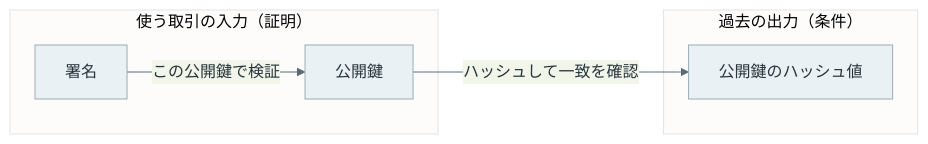
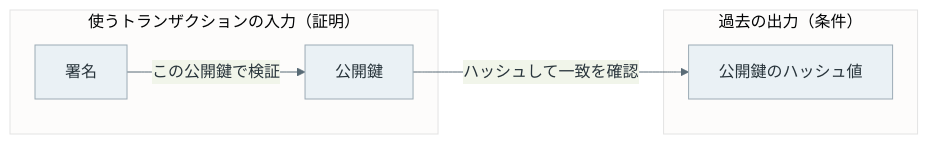
One commit to nao1215/debimate changed the fifth of 5 diagrams in content/notes/blockchain-systems/digital-signature/index.md. Above: the diagram before and after it, drawn with Mermaid. The commit also changed other lines of this file and 14 other files, not shown here.

````diff
--- a/content/notes/blockchain-systems/digital-signature/index.md
+++ b/content/notes/blockchain-systems/digital-signature/index.md
@@ -221,14 +221,14 @@
 ```mermaid
 %%{init: {"theme":"base","themeVariables":{"primaryColor":"#eaf1f5","primaryTextColor":"#28343b","primaryBorderColor":"#9cabb5","lineColor":"#596b76","textColor":"#28343b","actorBkg":"#eaf1f5","actorBorder":"#9cabb5","actorTextColor":"#28343b","actorLineColor":"#9cabb5","signalColor":"#596b76","signalTextColor":"#28343b","noteBkgColor":"#f7f1e5","noteBorderColor":"#c5b99b","noteTextColor":"#403c32","activationBkgColor":"#edf3ef","activationBorderColor":"#9aafa1"}}}%%
 flowchart LR
     subgraph OUT["過去の出力（条件）"]
         PH["公開鍵のハッシュ値"]
     end
-    subgraph IN["使う取引の入力（証明）"]
+    subgraph IN["使うトランザクションの入力（証明）"]
         PK2["公開鍵"]
         SG["署名"]
     end
     PK2 -->|"ハッシュして一致を確認"| PH
     SG -->|"この公開鍵で検証"| PK2
     classDef default fill:#eaf1f5,stroke:#9cabb5,color:#28343b;
 ```
````
